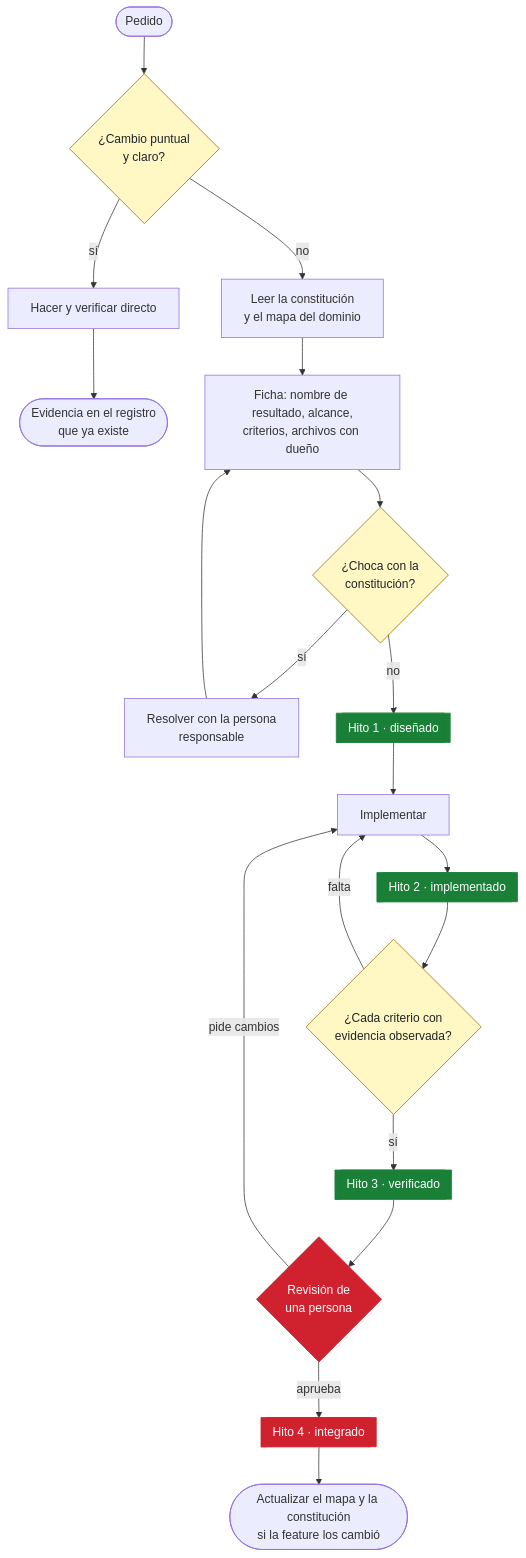
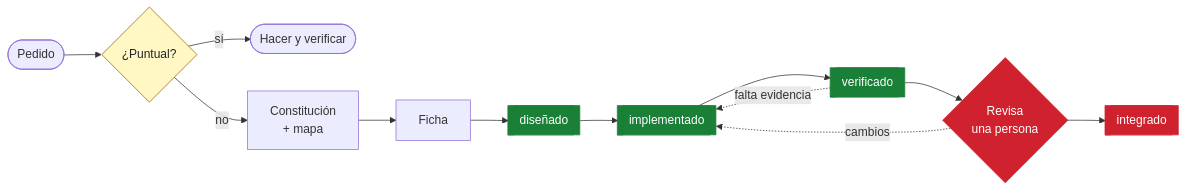
One commit to arielelevy/fdd changed the diagram in README.md. Above: the diagram before and after it, drawn with Mermaid. The commit also changed other lines of this file, not shown here.

Commit message:
Make the phases flowchart short and horizontal

````diff
--- a/README.md
+++ b/README.md
@@ -84,28 +84,21 @@
 ```mermaid
-flowchart TD
-    A(["Pedido"]) --> B{"¿Cambio puntual<br/>y claro?"}
-    B -- "sí" --> C["Hacer y verificar directo"]
-    C --> C2(["Evidencia en el registro<br/>que ya existe"])
-    B -- "no" --> D["Leer la constitución<br/>y el mapa del dominio"]
-    D --> E["Ficha: nombre de resultado, alcance,<br/>criterios, archivos con dueño"]
-    E --> G{"¿Choca con la<br/>constitución?"}
-    G -- "sí" --> H["Resolver con la persona<br/>responsable"]
-    H --> E
-    G -- "no" --> F[["Hito 1 · diseñado"]]
-    F --> I["Implementar"]
-    I --> J[["Hito 2 · implementado"]]
-    J --> K{"¿Cada criterio con<br/>evidencia observada?"}
-    K -- "falta" --> I
-    K -- "sí" --> L[["Hito 3 · verificado"]]
-    L --> M{"Revisión de<br/>una persona"}
-    M -- "pide cambios" --> I
-    M -- "aprueba" --> N[["Hito 4 · integrado"]]
-    N --> O(["Actualizar el mapa y la constitución<br/>si la feature los cambió"])
+flowchart LR
+    A(["Pedido"]) --> B{"¿Puntual?"}
+    B -- "sí" --> C(["Hacer y verificar"])
+    B -- "no" --> D["Constitución<br/>+ mapa"]
+    D --> E["Ficha"]
+    E --> F[["diseñado"]]
+    F --> G[["implementado"]]
+    G --> H[["verificado"]]
+    H -. "falta evidencia" .-> G
+    H --> I{"Revisa<br/>una persona"}
+    I -. "cambios" .-> G
+    I --> J[["integrado"]]
 
     classDef hito fill:#1a7f37,stroke:#1a7f37,color:#ffffff
     classDef humano fill:#cf222e,stroke:#cf222e,color:#ffffff
     classDef decision fill:#fff8c5,stroke:#9a6700,color:#1f2328
-    class F,J,L hito
-    class M,N humano
-    class B,G,K decision
+    class F,G,H hito
+    class I,J humano
+    class B decision
 ```
````
